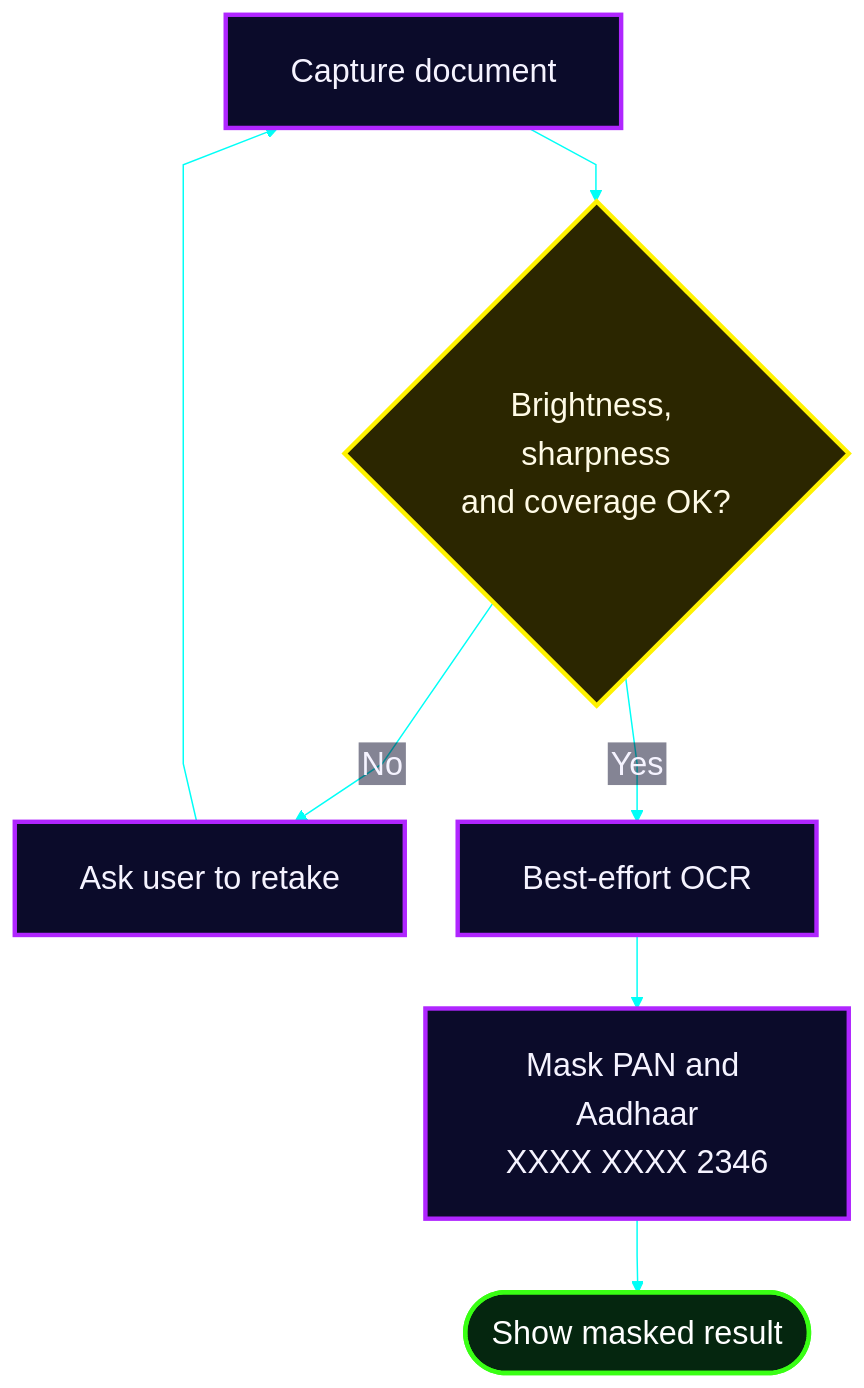
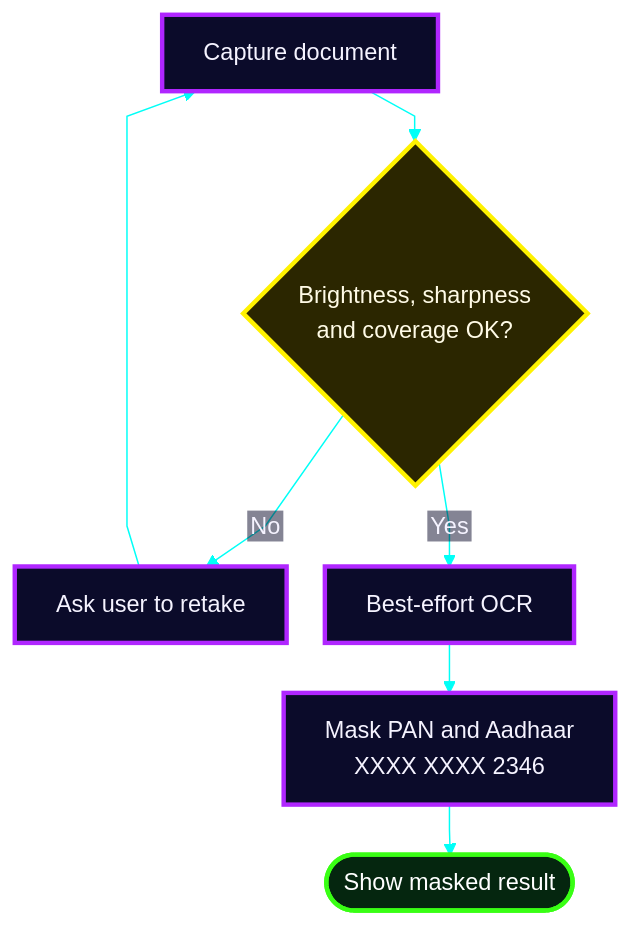
Before and after one commit to Mansi232323/MANSHORA: diagram 15 of 17 in README.md, drawn with Mermaid. The commit also changed other lines of this file, not shown here.

````diff
--- a/README.md
+++ b/README.md
@@ -614,16 +614,16 @@
 ```mermaid
-%%{init: {'theme':'base','themeVariables':{'fontSize':'22px','fontFamily':'Arial, Helvetica, sans-serif','primaryColor':'#0b0b2a','primaryTextColor':'#f5f3ff','primaryBorderColor':'#b026ff','lineColor':'#00fff7','textColor':'#f5f3ff','edgeLabelBackground':'#0b0b2a'},'flowchart':{'htmlLabels':false,'nodeSpacing':36,'rankSpacing':50,'padding':22,'curve':'linear'}}}%%
+%%{init: {'theme':'base','themeVariables':{'fontSize':'16px','fontFamily':'Arial, Helvetica, sans-serif','primaryColor':'#0b0b2a','primaryTextColor':'#f5f3ff','primaryBorderColor':'#b026ff','lineColor':'#00fff7','textColor':'#f5f3ff','edgeLabelBackground':'#0b0b2a'},'flowchart':{'htmlLabels':false,'nodeSpacing':26,'rankSpacing':34,'padding':14,'curve':'linear'}}}%%
 flowchart TD
     C["Capture document"] --> Q{"Brightness, sharpness<br/>and coverage OK?"}
     Q -- "No" --> R["Ask user to retake"]
     R --> C
     Q -- "Yes" --> O["Best-effort OCR"]
     O --> M["Mask PAN and Aadhaar<br/>XXXX XXXX 2346"]
     M --> D(["Show masked result"])
     classDef a fill:#0b0b2a,stroke:#b026ff,stroke-width:3px,color:#f5f3ff
     classDef d fill:#2b2600,stroke:#fff200,stroke-width:3px,color:#fffbe6
     classDef ok fill:#05260f,stroke:#39ff14,stroke-width:3px,color:#ffffff
     class C,R,O,M a
     class Q d
     class D ok
 ```
````
